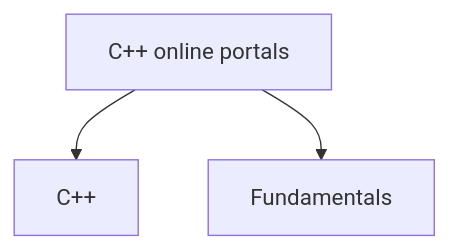
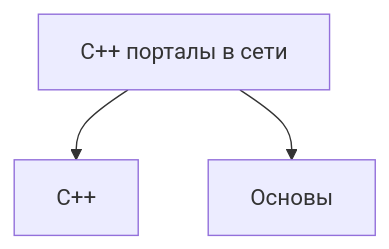
Before and after one commit to Dvurechensky/Dvurechensky: the sixth of 7 diagrams in docs/en.md, drawn with Mermaid. The commit also changed other lines of this file and 2 other files, not shown here.

````diff
--- a/docs/en.md
+++ b/docs/en.md
@@ -263,6 +260,6 @@
 ```mermaid
 graph TD
-  C[C++ online portals]
+  C[C++ порталы в сети]
   C --> W[C++]
-  C --> W1[Fundamentals]
+  C --> W1[Основы]
 ```
````
